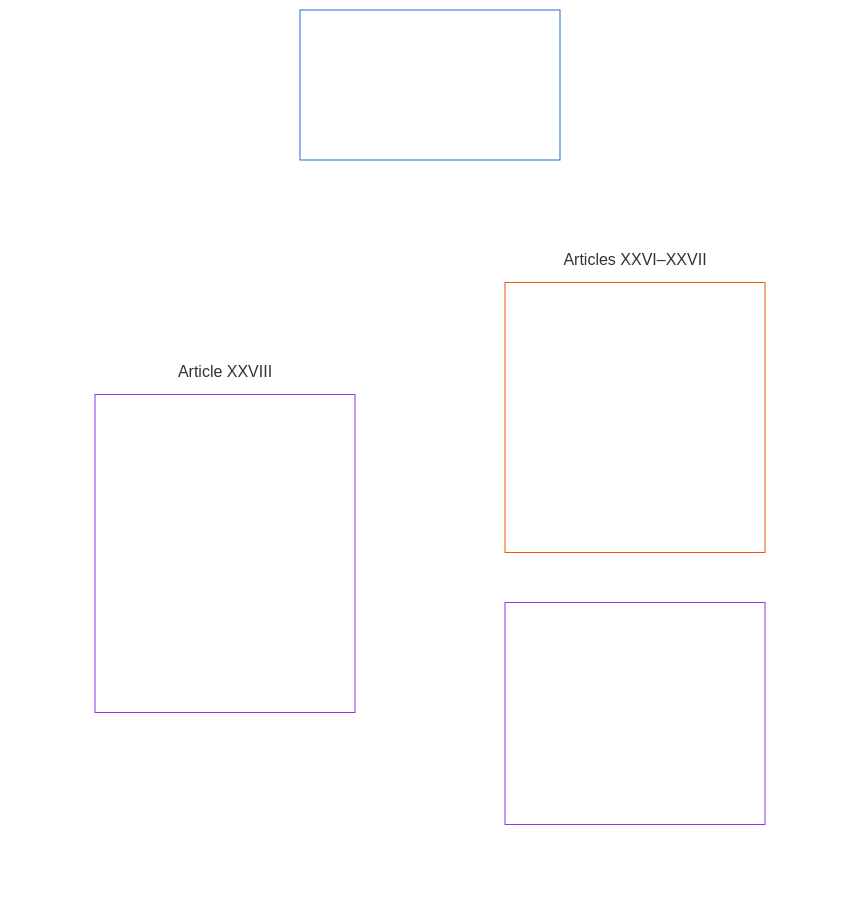
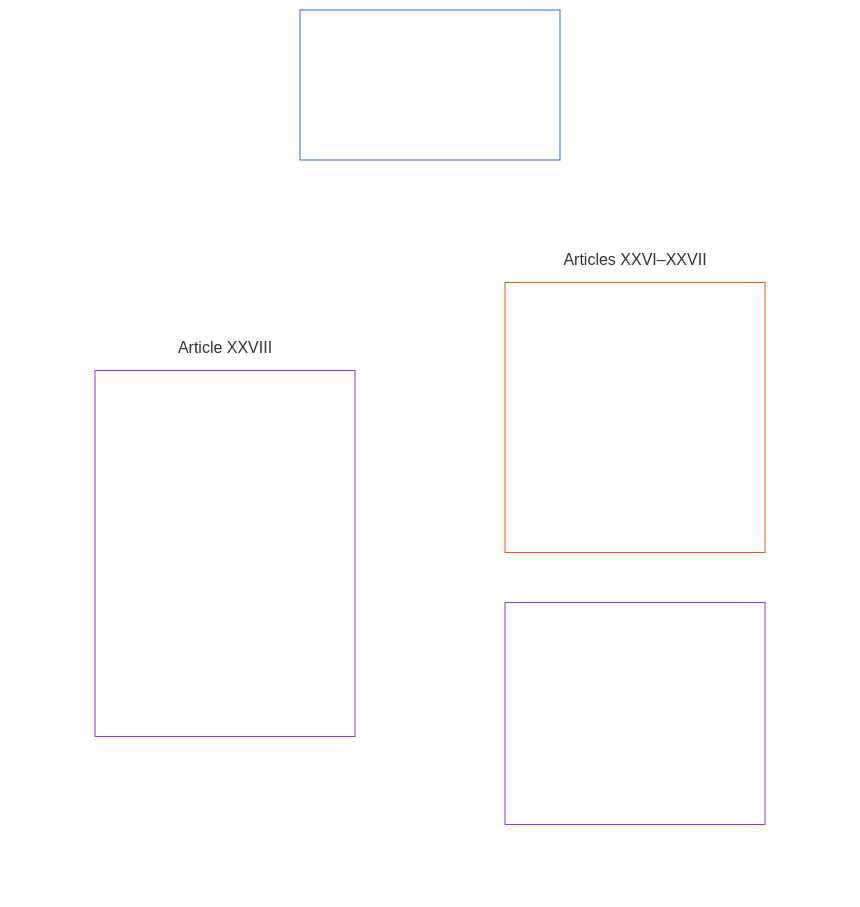
Before and after one commit to kfoelsch/Sentient_Constitution: diagram 11 of 24 in guides/CONCEPTUAL_OVERVIEW.md, drawn with Mermaid. The commit also changed other lines of this file and 111 other files, not shown here.

````diff
--- a/guides/CONCEPTUAL_OVERVIEW.md
+++ b/guides/CONCEPTUAL_OVERVIEW.md
@@ -479,24 +479,24 @@
 ```mermaid
 flowchart TB
-    E0["Part E<br/><br/>Conflict resolution, review, constitutional evolution, and transition"]
+    E0["Part E<br/><br/>Conflict resolution, review, constitutional evolution, and Adoption Transition"]
     subgraph Egrid[" "]
         direction TB
         subgraph Erow1["Articles XXVI–XXVII"]
             direction LR
             E1["Article XXVI · Timely Retrospective Review and Restorative Alignment<br/><br/>• Retrospective review and disclosure<br/>• Rights-collision procedure<br/>• Restorative alignment<br/>• Timely resolution and anti-delay"]
             E2["Article XXVII · Constitutional Evolution and Non-Entrenchment<br/><br/>• Non-entrenchment and revisability<br/>• Periodic revalidation and transparent change"]
         end
         subgraph Erow2["Article XXVIII"]
             direction LR
-            E3["Article XXVIII · Transition Governance, Continuity, and Re-Baselining<br/><br/>• Phased adoption and Rights Floor continuity<br/>• Transitional authority and reauthorization<br/>• Failure off-ramps, re-baselining, and traceability<br/>• Non-compliant property and systems"]
+            E3["Article XXVIII · Adoption Transition Governance, Continuity, and Re-Baselining<br/><br/>• Phased adoption and Rights Floor continuity<br/>• Adoption Transition authority and reauthorization<br/>• Failure off-ramps, re-baselining, and traceability<br/>• Non-compliant property and systems"]
         end
     end
     E0 ~~~ Egrid
     style Egrid fill:none,stroke:none
     style Erow1 fill:none,stroke:none
     style Erow2 fill:none,stroke:none
     style E0 fill:none,stroke:#2563eb,color:#ffffff
     style E1 fill:none,stroke:#ea580c,color:#ffffff
     style E2 fill:none,stroke:#9333ea,color:#ffffff
     style E3 fill:none,stroke:#9333ea,color:#ffffff
 ```
````
